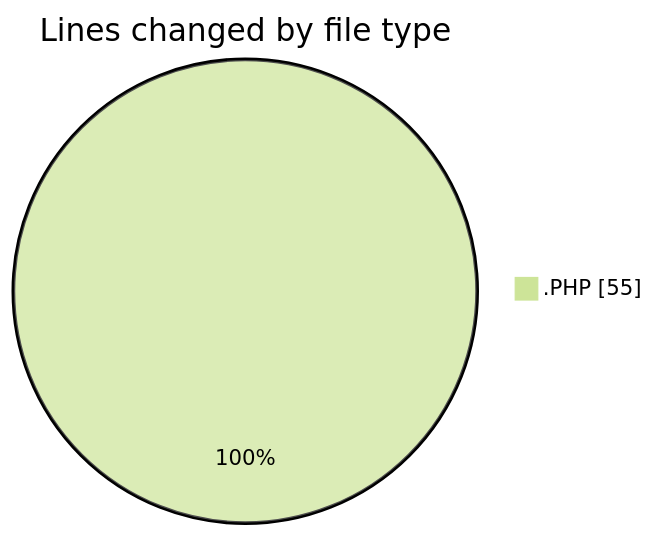
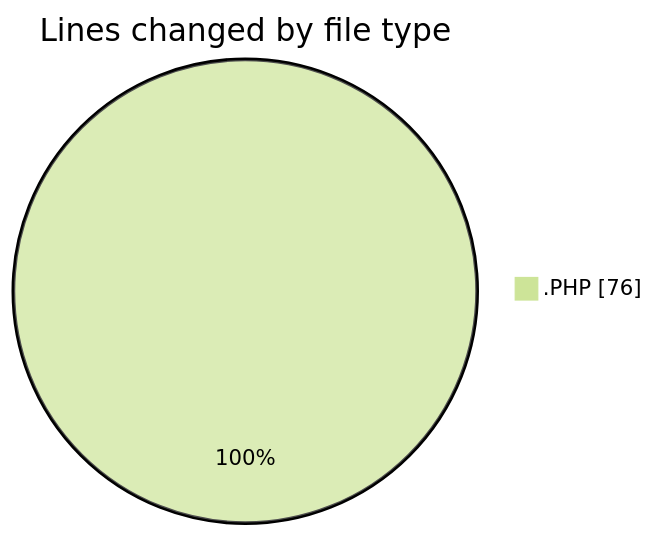
One commit to LanceThiago/code-tracking changed the first of 2 diagrams in 2025-05-15/jogo/README.md. Above: the diagram before and after it, drawn with Mermaid (forest theme). The commit also changed other lines of this file and 1 other file, not shown here.

````diff
--- a/2025-05-15/jogo/README.md
+++ b/2025-05-15/jogo/README.md
@@ -20,5 +20,5 @@
 ```mermaid
 pie showData
 title Lines changed by file type
-".PHP" : 55
+".PHP" : 76
 ```
````
